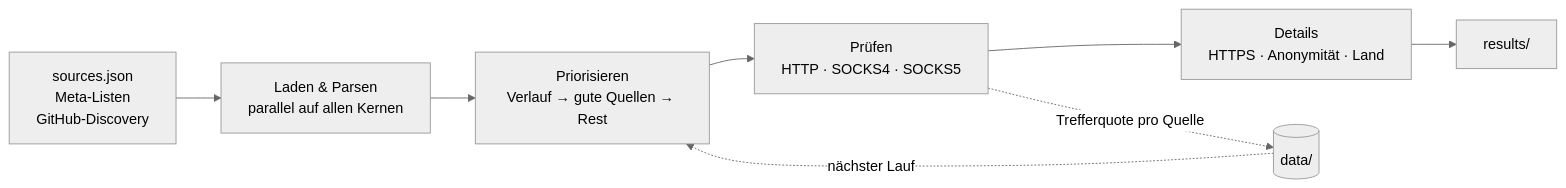
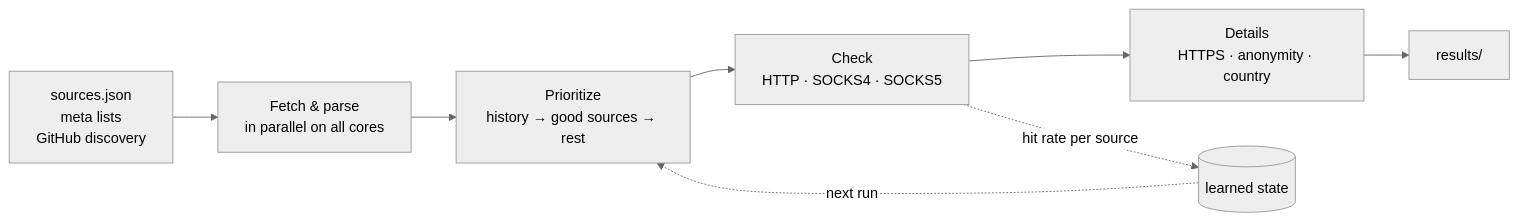
The diagram in README.md (maximilianfeix/proxy-scraper), drawn with Mermaid (neutral theme) before and after one commit. The commit also changed other lines of this file and 4 other files, not shown here.

````diff
--- a/README.md
+++ b/README.md
@@ -220,10 +264,10 @@
 ```mermaid
 flowchart LR
-    A[sources.json<br/>Meta-Listen<br/>GitHub-Discovery] --> B[Laden & Parsen<br/>parallel auf allen Kernen]
-    B --> C[Priorisieren<br/>Verlauf → gute Quellen → Rest]
-    C --> D[Prüfen<br/>HTTP · SOCKS4 · SOCKS5]
-    D --> E[Details<br/>HTTPS · Anonymität · Land]
+    A[sources.json<br/>meta lists<br/>GitHub discovery] --> B[Fetch & parse<br/>in parallel on all cores]
+    B --> C[Prioritize<br/>history → good sources → rest]
+    C --> D[Check<br/>HTTP · SOCKS4 · SOCKS5]
+    D --> E[Details<br/>HTTPS · anonymity · country]
     E --> F[results/]
-    D -. Trefferquote pro Quelle .-> G[(data/)]
-    G -. nächster Lauf .-> C
+    D -. hit rate per source .-> G[(learned state)]
+    G -. next run .-> C
 ```
````
